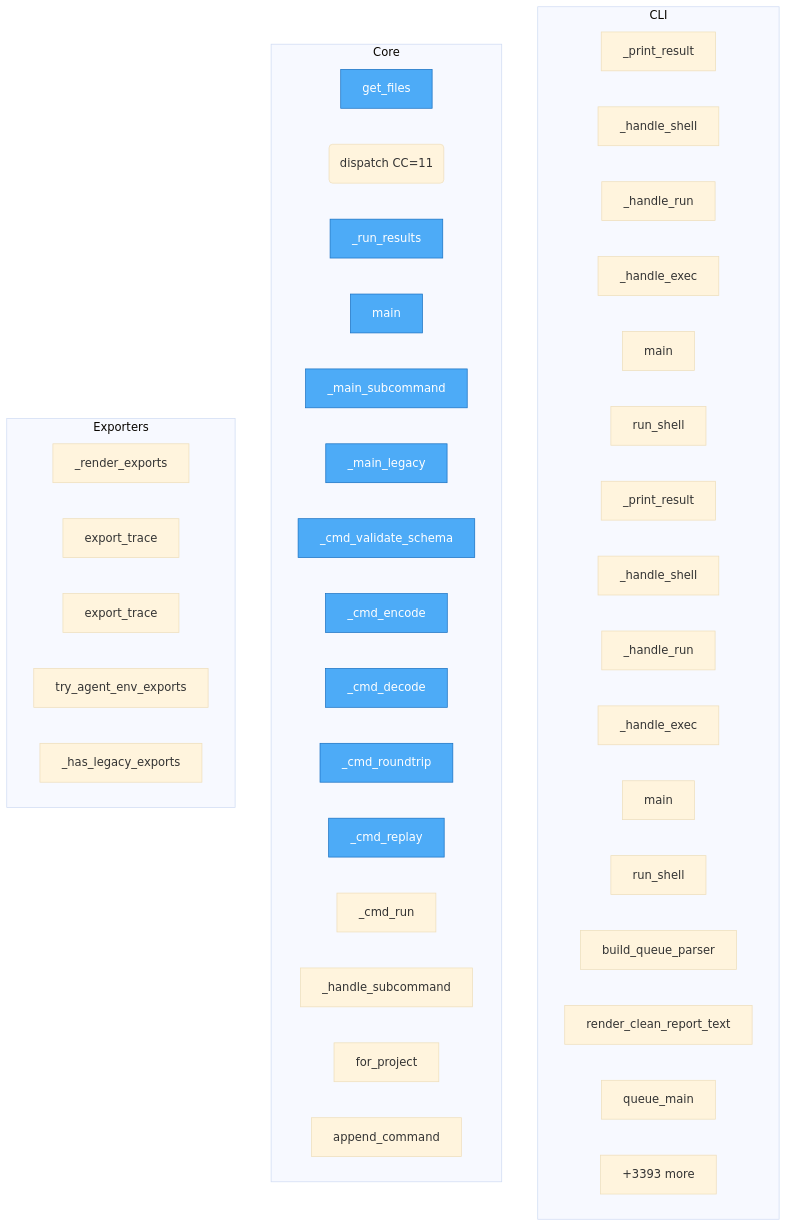
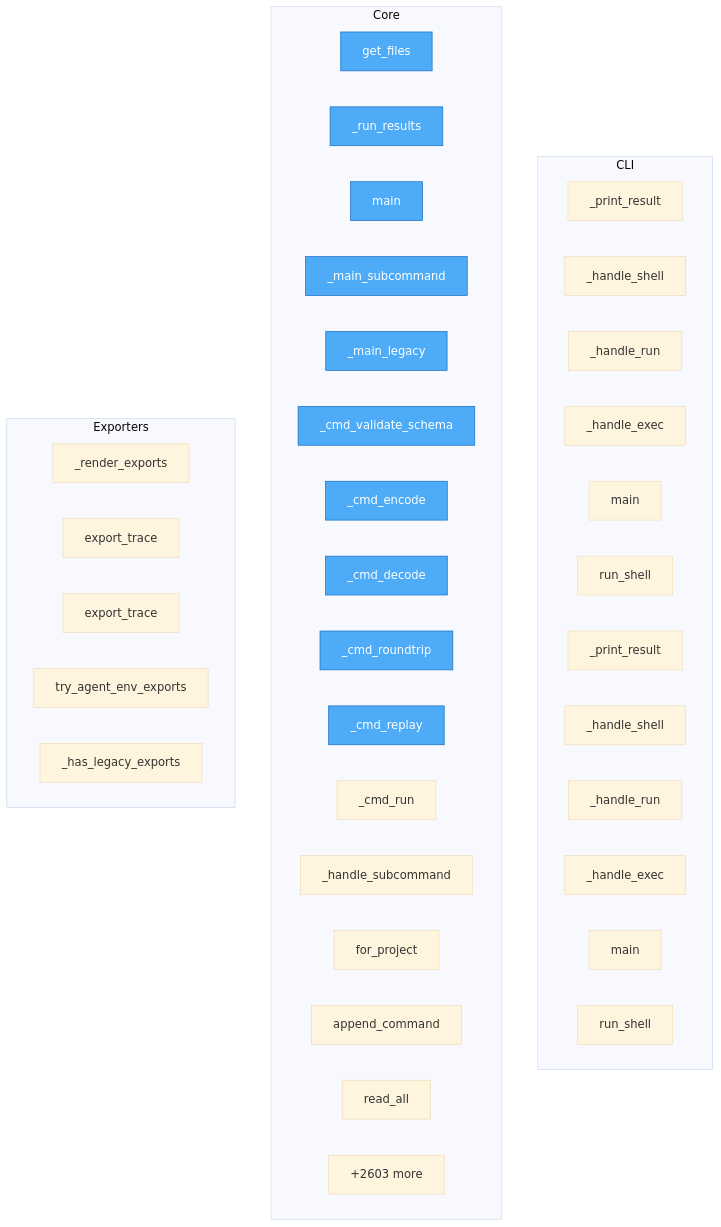
Before and after one commit to semcod/koru: the diagram in project/flow.mmd, drawn with Mermaid (base theme). The commit also changed 29 other files, not shown here.

```diff
--- a/project/flow.mmd
+++ b/project/flow.mmd
@@ -1,53 +1,49 @@
 flowchart TD
-%% generated in 1.85s
+%% generated in 2.58s
 
     %% Entry points (blue)
     classDef entry fill:#4dabf7,stroke:#1971c2,color:#fff
 
     subgraph CLI
         packages__cli2koru__src__cli2koru__cli___print_result["_print_result"]
         packages__cli2koru__src__cli2koru__cli___handle_shell["_handle_shell"]
         packages__cli2koru__src__cli2koru__cli___handle_run["_handle_run"]
         packages__cli2koru__src__cli2koru__cli___handle_exec["_handle_exec"]
         packages__cli2koru__src__cli2koru__cli__main["main"]
         packages__cli2koru__src__cli2koru__shell__run_shell["run_shell"]
         packages__cli2coru__src__cli2coru__cli___print_result["_print_result"]
         packages__cli2coru__src__cli2coru__cli___handle_shell["_handle_shell"]
         packages__cli2coru__src__cli2coru__cli___handle_run["_handle_run"]
         packages__cli2coru__src__cli2coru__cli___handle_exec["_handle_exec"]
         packages__cli2coru__src__cli2coru__cli__main["main"]
         packages__cli2coru__src__cli2coru__shell__run_shell["run_shell"]
-        koru__cli_queue__build_queue_parser["build_queue_parser"]
-        koru__cli_queue__render_clean_report_text["render_clean_report_text"]
-        koru__cli_queue__queue_main["queue_main"]
-        ...["+4 more"]
     end
 
     subgraph Core
         check_dups__get_files["get_files"]
-        packages__dsl2koru__src__dsl2koru__bus__dispatch("dispatch CC=11")
         packages__dsl2koru__src__dsl2koru__cli___run_results["_run_results"]
         packages__dsl2koru__src__dsl2koru__cli__main["main"]
         packages__dsl2koru__src__dsl2koru__cli___main_subcommand["_main_subcommand"]
         packages__dsl2koru__src__dsl2koru__cli___main_legacy["_main_legacy"]
         packages__dsl2koru__src__dsl2koru__cli___cmd_validate_schema["_cmd_validate_schema"]
         packages__dsl2koru__src__dsl2koru__cli___cmd_encode["_cmd_encode"]
         packages__dsl2koru__src__dsl2koru__cli___cmd_decode["_cmd_decode"]
         packages__dsl2koru__src__dsl2koru__cli___cmd_roundtrip["_cmd_roundtrip"]
         packages__dsl2koru__src__dsl2koru__cli___cmd_replay["_cmd_replay"]
         packages__dsl2koru__src__dsl2koru__cli___cmd_run["_cmd_run"]
         packages__dsl2koru__src__dsl2koru__cli___handle_subcommand["_handle_subcommand"]
         packages__dsl2koru__src__dsl2koru__events__EventStore__for_project["for_project"]
         packages__dsl2koru__src__dsl2koru__events__EventStore__append_command["append_command"]
-        ...["+3393 more"]
+        packages__dsl2koru__src__dsl2koru__events__EventStore__read_all["read_all"]
+        ...["+2603 more"]
     end
 
     subgraph Exporters
         packages__koruenv__src__koruenv__cli___render_exports["_render_exports"]
         packages__nlpshim__src__nlpshim__conversation_client__ConversationTestClient__export_trace["export_trace"]
         packages__nlpshim__src__nlpshim__conversation_test_api__export_trace["export_trace"]
         src__koru__agent_cli_helpers__try_agent_env_exports["try_agent_env_exports"]
         src__koru__cli___has_legacy_exports["_has_legacy_exports"]
     end
 
     class check_dups__get_files,packages__dsl2koru__src__dsl2koru__cli___run_results,packages__dsl2koru__src__dsl2koru__cli__main,packages__dsl2koru__src__dsl2koru__cli___main_subcommand,packages__dsl2koru__src__dsl2koru__cli___main_legacy,packages__dsl2koru__src__dsl2koru__cli___cmd_validate_schema,packages__dsl2koru__src__dsl2koru__cli___cmd_encode,packages__dsl2koru__src__dsl2koru__cli___cmd_decode,packages__dsl2koru__src__dsl2koru__cli___cmd_roundtrip,packages__dsl2koru__src__dsl2koru__cli___cmd_replay entry
```
